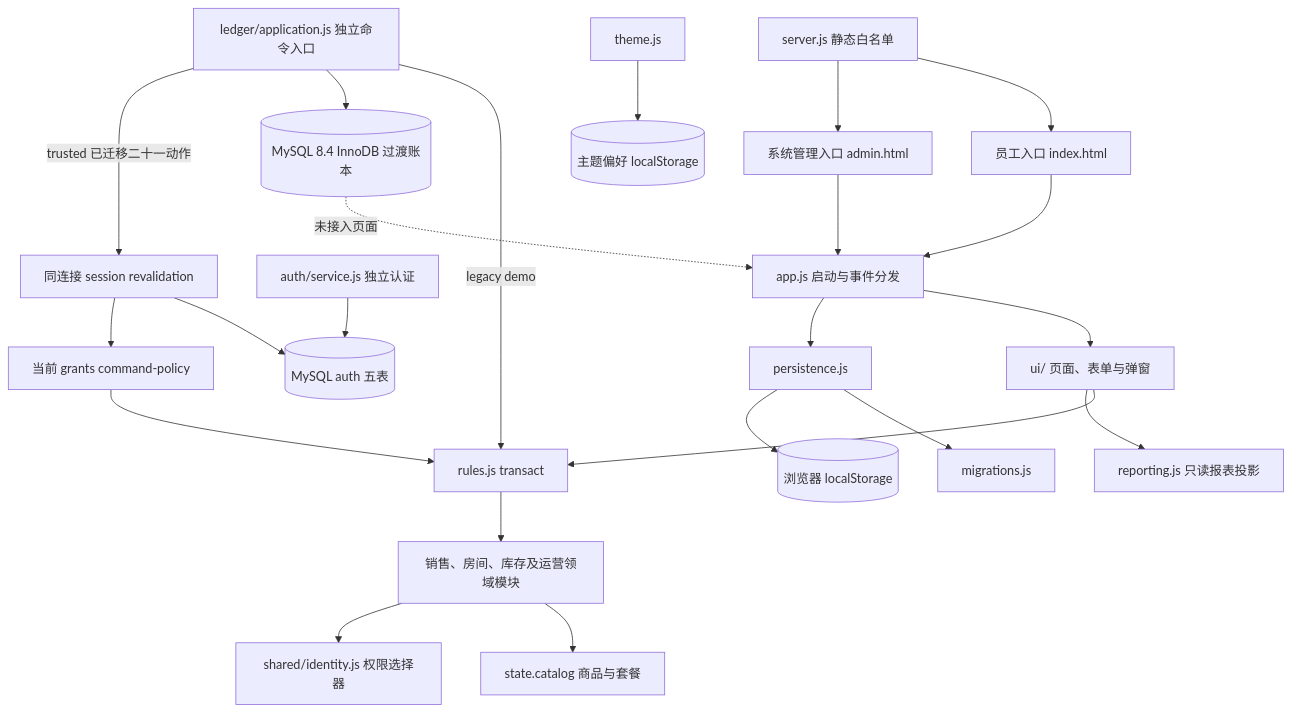
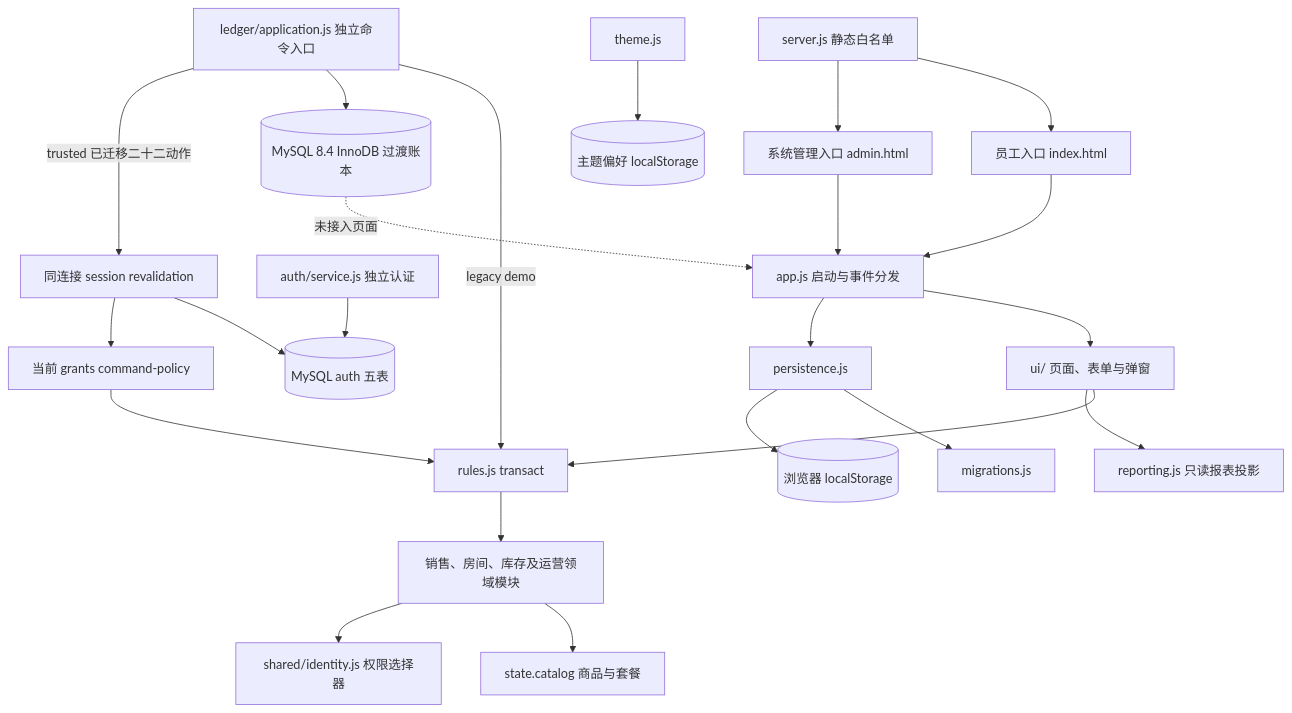
One commit to Richard-Zhuo/codex-KTV changed the diagram in docs/ARCHITECTURE.md. Above: the diagram before and after it, drawn with Mermaid. The commit also changed other lines of this file and 12 other files, not shown here.

````diff
--- a/docs/ARCHITECTURE.md
+++ b/docs/ARCHITECTURE.md
@@ -7,25 +7,25 @@
 ```mermaid
 flowchart TD
   E[员工入口 index.html] --> APP[app.js 启动与事件分发]
   A[系统管理入口 admin.html] --> APP
   APP --> UI[ui/ 页面、表单与弹窗]
   APP --> P[persistence.js]
   P --> M[migrations.js]
   P --> LS[(浏览器 localStorage)]
   UI --> TX[rules.js transact]
   TX --> D[销售、房间、库存及运营领域模块]
   UI --> REP[reporting.js 只读报表投影]
   D --> C[state.catalog 商品与套餐]
   D --> ID[shared/identity.js 权限选择器]
   T[theme.js] --> PREF[(主题偏好 localStorage)]
   S[server.js 静态白名单] --> E
   S --> A
   L[ledger/application.js 独立命令入口] -->|legacy demo| TX
   L --> DB[(MySQL 8.4 InnoDB 过渡账本)]
   AUTH[auth/service.js 独立认证] --> AUTHDB[(MySQL auth 五表)]
-  L -->|trusted 已迁移二十一动作| RV[同连接 session revalidation]
+  L -->|trusted 已迁移二十二动作| RV[同连接 session revalidation]
   RV --> AUTHDB
   RV --> CP[当前 grants command-policy]
   CP --> TX
   DB -. 未接入页面 .-> APP
 ```
````
